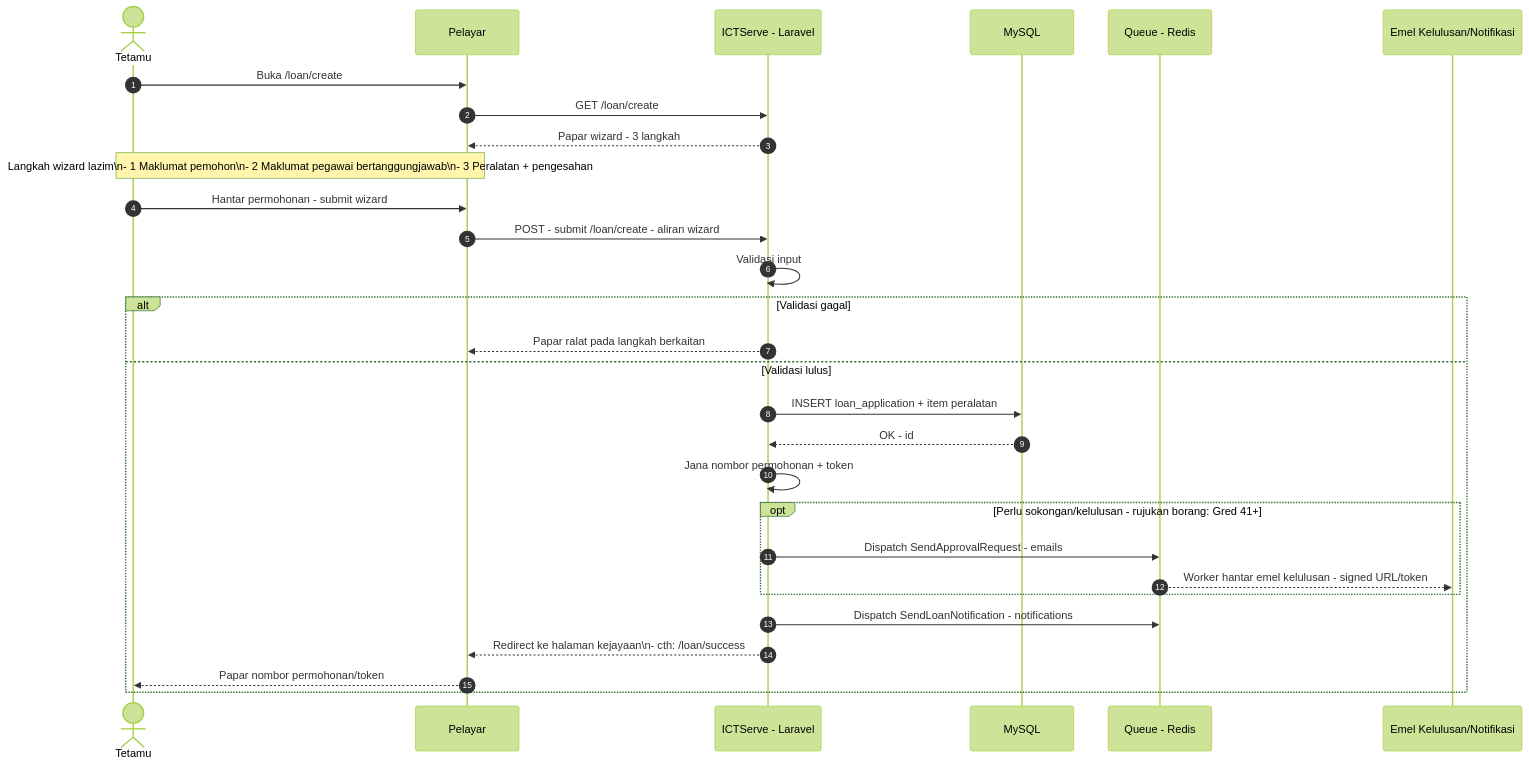
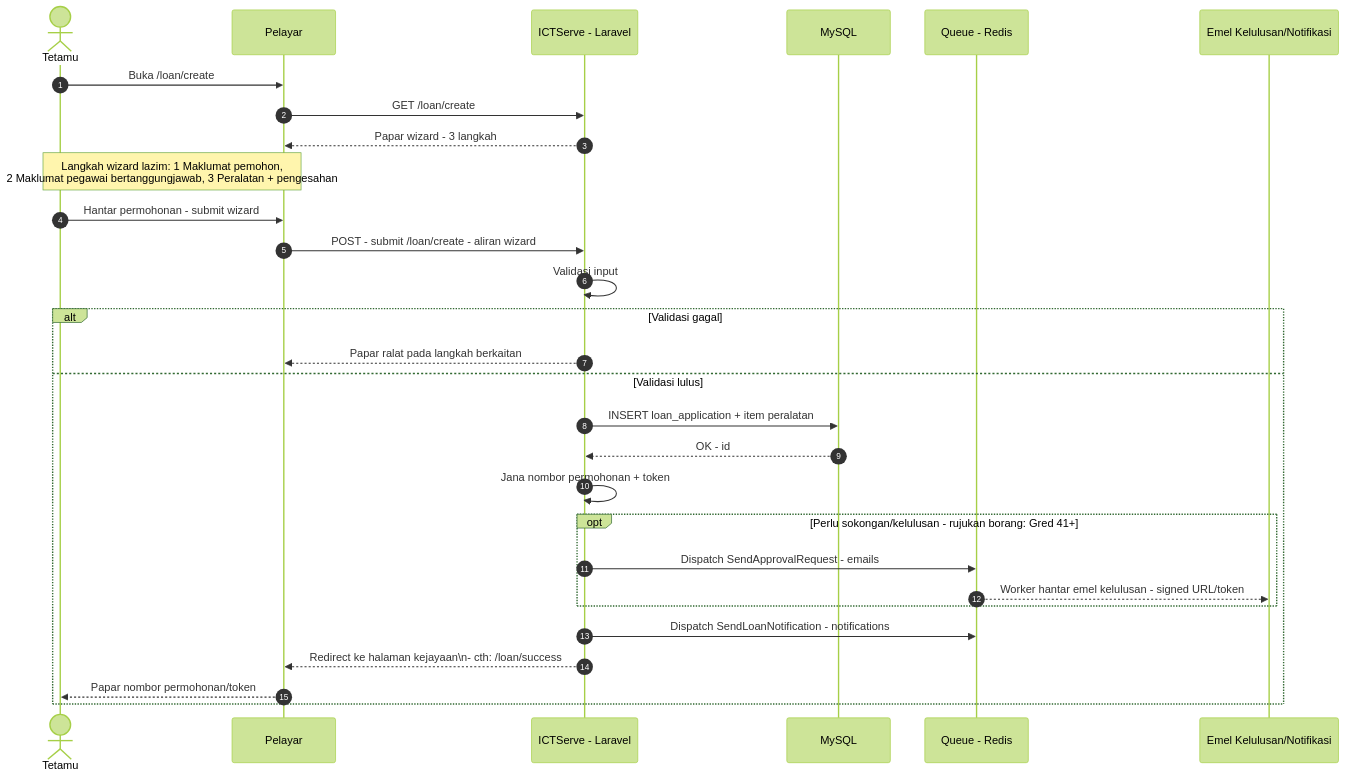
One commit to IzzatFirdaus/ictserve-031125 changed the fourth of 7 diagrams in MANUAL_TO_SYSTEM_FLOW_DIAGRAMS.md. Above: the diagram before and after it, drawn with Mermaid (forest theme). The commit also changed other lines of this file and 45 other files, not shown here.

First line of the commit message:
docs: add comprehensive system diagrams (DFD, ERD, workflows, swimlanes)

````diff
--- a/MANUAL_TO_SYSTEM_FLOW_DIAGRAMS.md
+++ b/MANUAL_TO_SYSTEM_FLOW_DIAGRAMS.md
@@ -113,37 +115,37 @@
 ```mermaid
 sequenceDiagram
     autonumber
     actor U as Tetamu
     participant B as Pelayar
     participant A as ICTServe - Laravel
     participant DB as MySQL
     participant Q as Queue - Redis
     participant Mail as Emel Kelulusan/Notifikasi
 
     U->>B: Buka /loan/create
     B->>A: GET /loan/create
     A-->>B: Papar wizard - 3 langkah
 
-    Note over U,B: Langkah wizard lazim\n- 1 Maklumat pemohon\n- 2 Maklumat pegawai bertanggungjawab\n- 3 Peralatan + pengesahan
+    Note over U,B: Langkah wizard lazim: 1 Maklumat pemohon,<br/>2 Maklumat pegawai bertanggungjawab, 3 Peralatan + pengesahan
 
     U->>B: Hantar permohonan - submit wizard
     B->>A: POST - submit /loan/create - aliran wizard
     A->>A: Validasi input
 
     alt Validasi gagal
         A-->>B: Papar ralat pada langkah berkaitan
     else Validasi lulus
         A->>DB: INSERT loan_application + item peralatan
         DB-->>A: OK - id
         A->>A: Jana nombor permohonan + token
 
         opt Perlu sokongan/kelulusan - rujukan borang: Gred 41+
             A->>Q: Dispatch SendApprovalRequest - emails
             Q-->>Mail: Worker hantar emel kelulusan - signed URL/token
         end
 
         A->>Q: Dispatch SendLoanNotification - notifications
         A-->>B: Redirect ke halaman kejayaan\n- cth: /loan/success
         B-->>U: Papar nombor permohonan/token
     end
 ```
````
